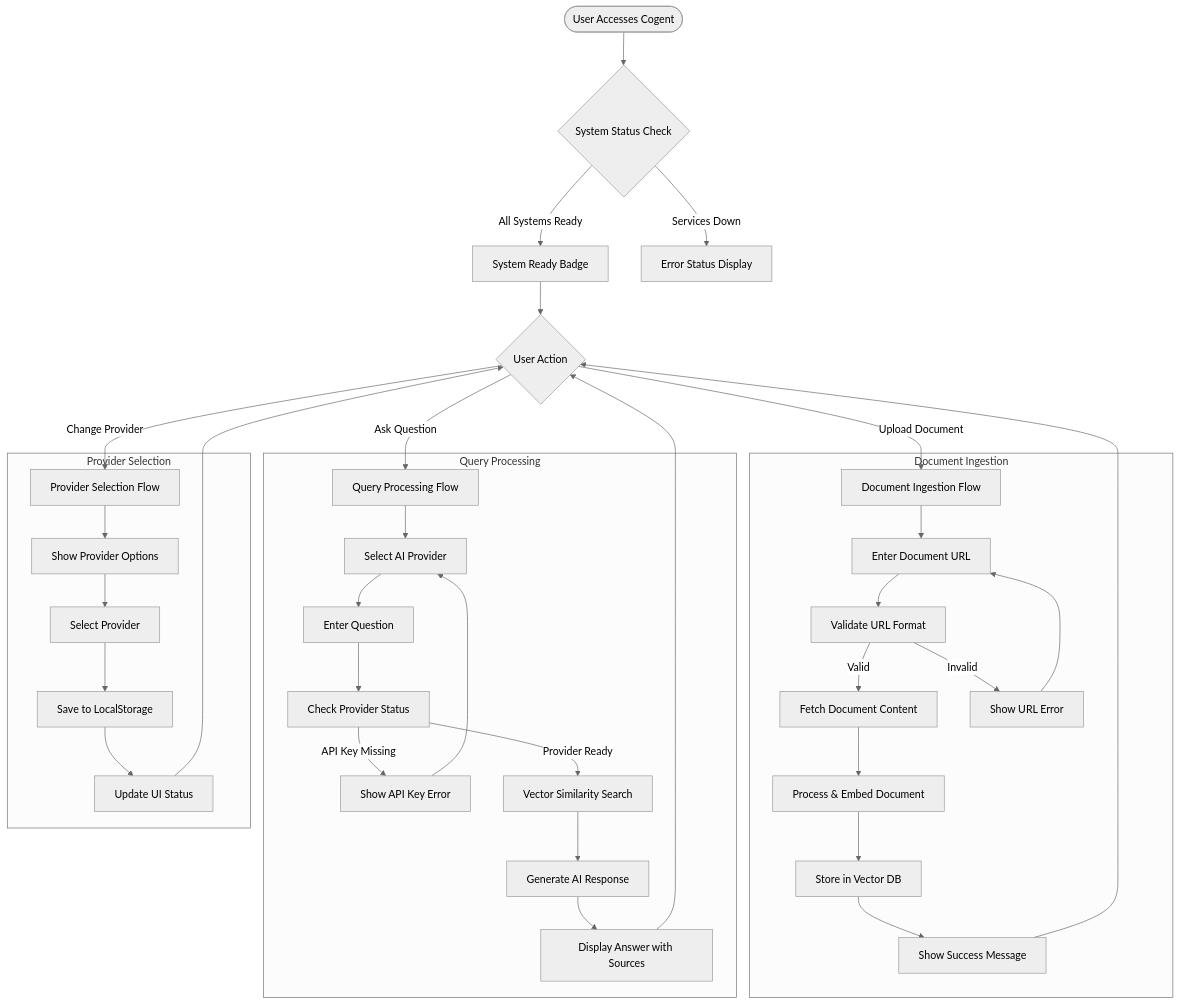
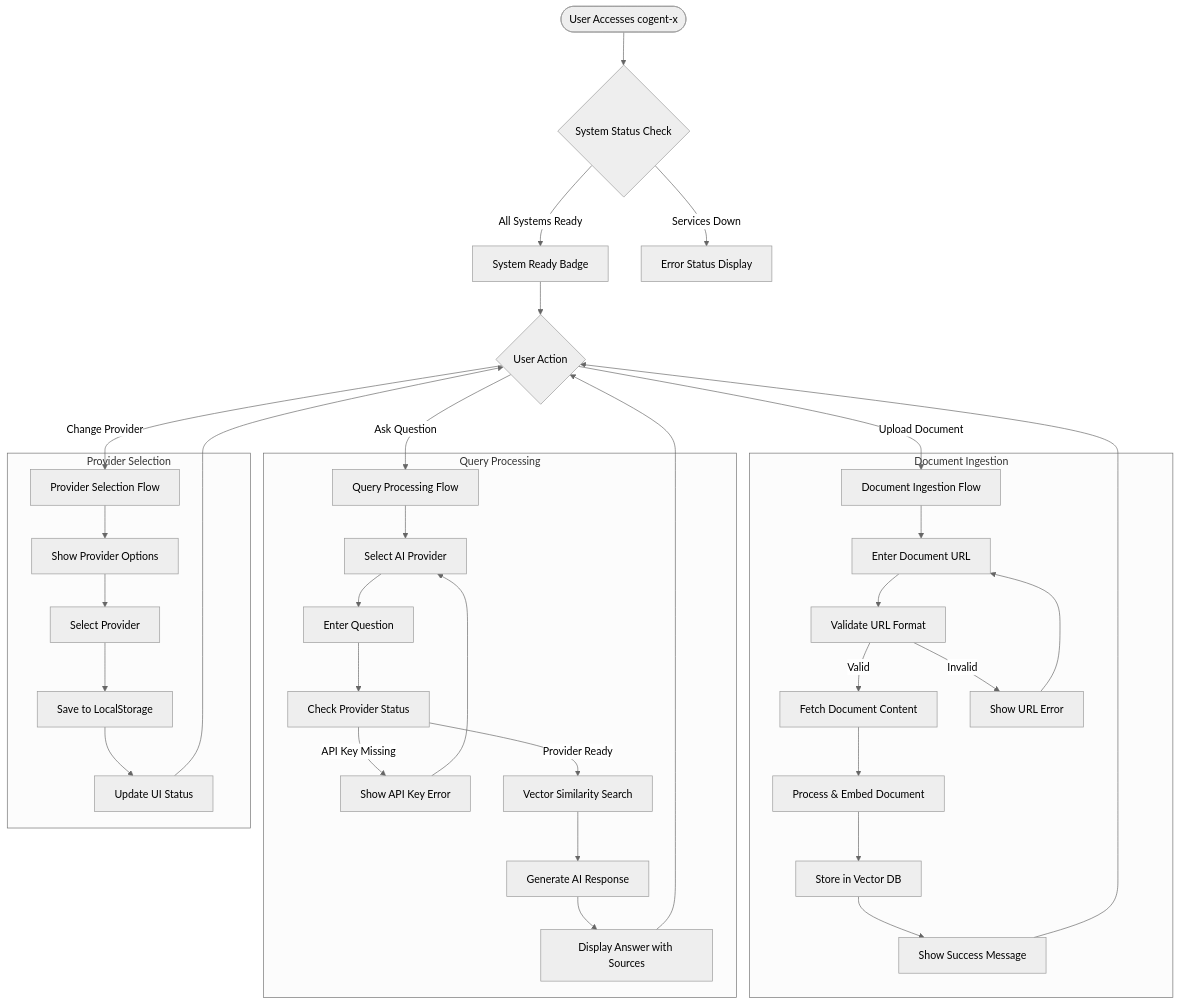
Before and after one commit to somritdasgupta/cogent-x: the first of 5 diagrams in guides-md/system-flow-dia.md, drawn with Mermaid (neutral theme). The commit also changed 9 other files, not shown here.

````diff
--- a/guides-md/system-flow-dia.md
+++ b/guides-md/system-flow-dia.md
@@ -5,45 +5,45 @@
 ```mermaid
 flowchart TD
-    START([User Accesses Cogent]) --> CHECK{System Status Check}
+    START([User Accesses cogent-x]) --> CHECK{System Status Check}
     CHECK -->|All Systems Ready| READY[System Ready Badge]
     CHECK -->|Services Down| ERROR[Error Status Display]
 
     READY --> CHOICE{User Action}
 
     CHOICE -->|Upload Document| INGEST[Document Ingestion Flow]
     CHOICE -->|Ask Question| QUERY[Query Processing Flow]
     CHOICE -->|Change Provider| PROVIDER[Provider Selection Flow]
 
     subgraph "Document Ingestion"
         INGEST --> INPUT_URL[Enter Document URL]
         INPUT_URL --> VALIDATE[Validate URL Format]
         VALIDATE -->|Valid| FETCH[Fetch Document Content]
         VALIDATE -->|Invalid| URL_ERROR[Show URL Error]
         FETCH --> PROCESS[Process & Embed Document]
         PROCESS --> STORE[Store in Vector DB]
         STORE --> INGEST_SUCCESS[Show Success Message]
         URL_ERROR --> INPUT_URL
     end
 
     subgraph "Query Processing"
         QUERY --> SELECT_PROVIDER[Select AI Provider]
         SELECT_PROVIDER --> ENTER_QUESTION[Enter Question]
         ENTER_QUESTION --> VALIDATE_PROVIDER[Check Provider Status]
         VALIDATE_PROVIDER -->|API Key Missing| KEY_ERROR[Show API Key Error]
         VALIDATE_PROVIDER -->|Provider Ready| SEARCH[Vector Similarity Search]
         SEARCH --> GENERATE[Generate AI Response]
         GENERATE --> DISPLAY[Display Answer with Sources]
         KEY_ERROR --> SELECT_PROVIDER
     end
 
     subgraph "Provider Selection"
         PROVIDER --> SHOW_OPTIONS[Show Provider Options]
         SHOW_OPTIONS --> SELECT[Select Provider]
         SELECT --> SAVE_PREF[Save to LocalStorage]
         SAVE_PREF --> UPDATE_UI[Update UI Status]
     end
 
     INGEST_SUCCESS --> CHOICE
     DISPLAY --> CHOICE
     UPDATE_UI --> CHOICE
 ```
````
